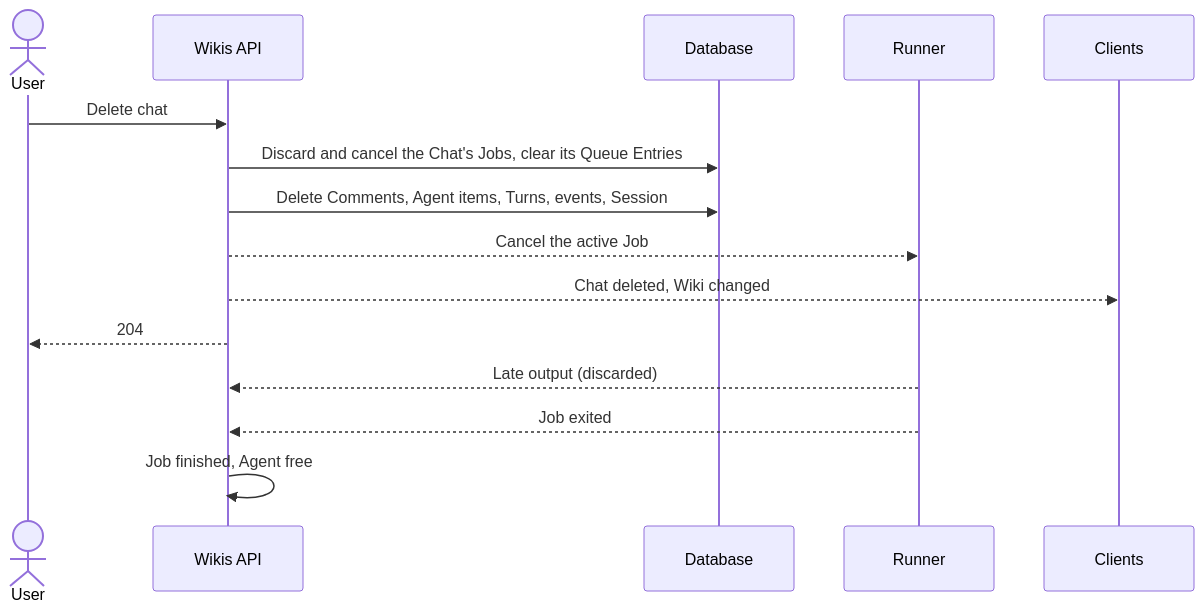
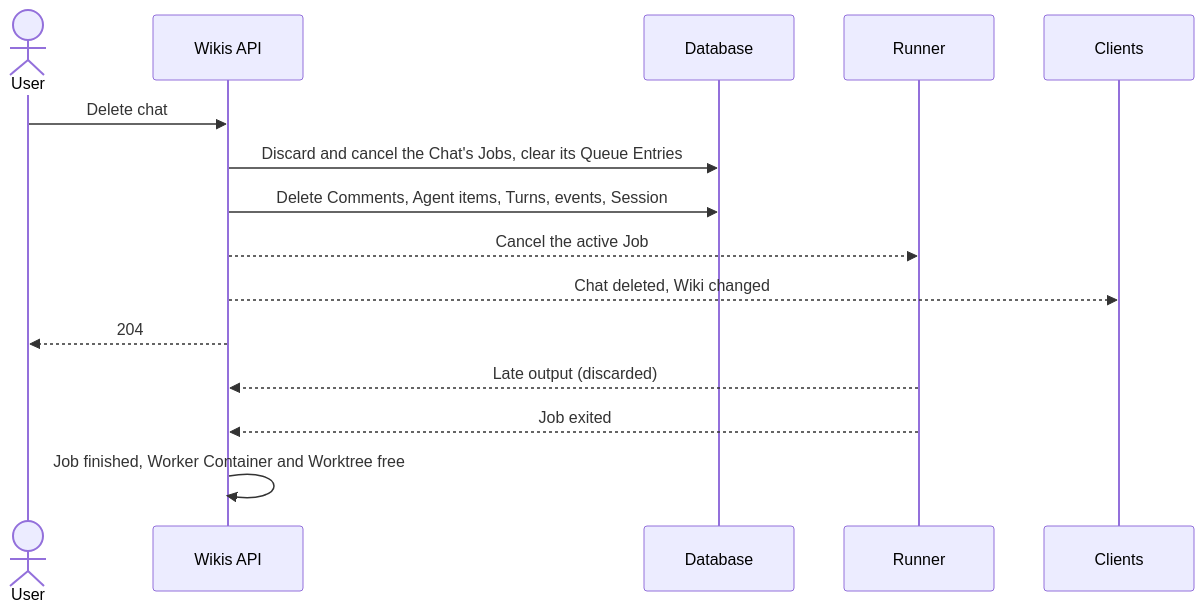
One commit to mceck/claude-task changed the first of 2 diagrams in docs/specs/wikis.md. Above: the diagram before and after it, drawn with Mermaid. The commit also changed other lines of this file and 95 other files, not shown here.

````diff
--- a/docs/specs/wikis.md
+++ b/docs/specs/wikis.md
@@ -115,17 +116,17 @@
 ```mermaid
 sequenceDiagram
   actor U as User
   participant W as Wikis API
   participant DB as Database
   participant R as Runner
   participant C as Clients
   U->>W: Delete chat
   W->>DB: Discard and cancel the Chat's Jobs, clear its Queue Entries
   W->>DB: Delete Comments, Agent items, Turns, events, Session
   W-->>R: Cancel the active Job
   W-->>C: Chat deleted, Wiki changed
   W-->>U: 204
   R-->>W: Late output (discarded)
   R-->>W: Job exited
-  W->>W: Job finished, Agent free
+  W->>W: Job finished, Worker Container and Worktree free
 ```
````
